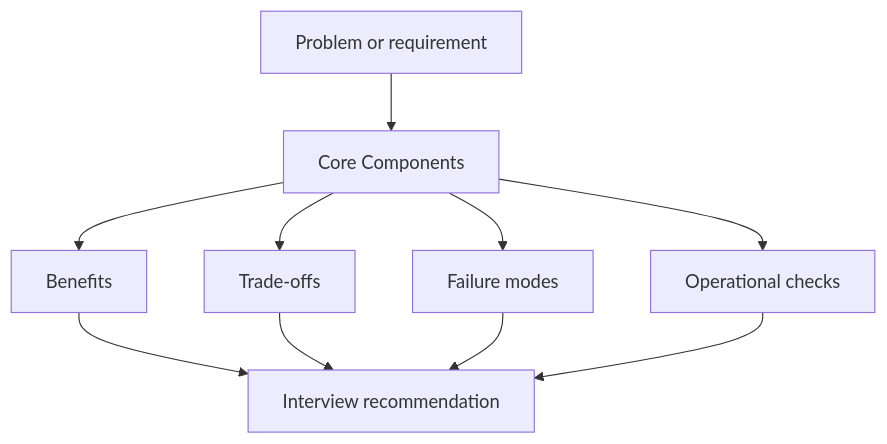
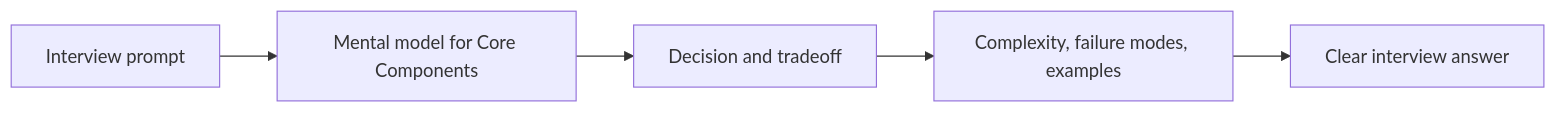
The diagram in components/index.md (abstractinterviews/abstractinterviews.github.io), drawn with Mermaid before and after one commit. The commit also changed other lines of this file and 278 other files, not shown here.

````diff
--- a/components/index.md
+++ b/components/index.md
@@ -151,12 +143,7 @@
-~~~mermaid
-flowchart TD
-    Problem["Problem or requirement"] --> Concept["Core Components"]
-    Concept --> Benefits["Benefits"]
-    Concept --> Tradeoffs["Trade-offs"]
-    Concept --> FailureModes["Failure modes"]
-    Concept --> Operations["Operational checks"]
-    Benefits --> Decision["Interview recommendation"]
-    Tradeoffs --> Decision
-    FailureModes --> Decision
-    Operations --> Decision
-~~~
+```mermaid
+flowchart LR
+    Problem["Interview prompt"] --> Model["Mental model for Core Components"]
+    Model --> Choice["Decision and tradeoff"]
+    Choice --> Evidence["Complexity, failure modes, examples"]
+    Evidence --> Answer["Clear interview answer"]
+```
````
